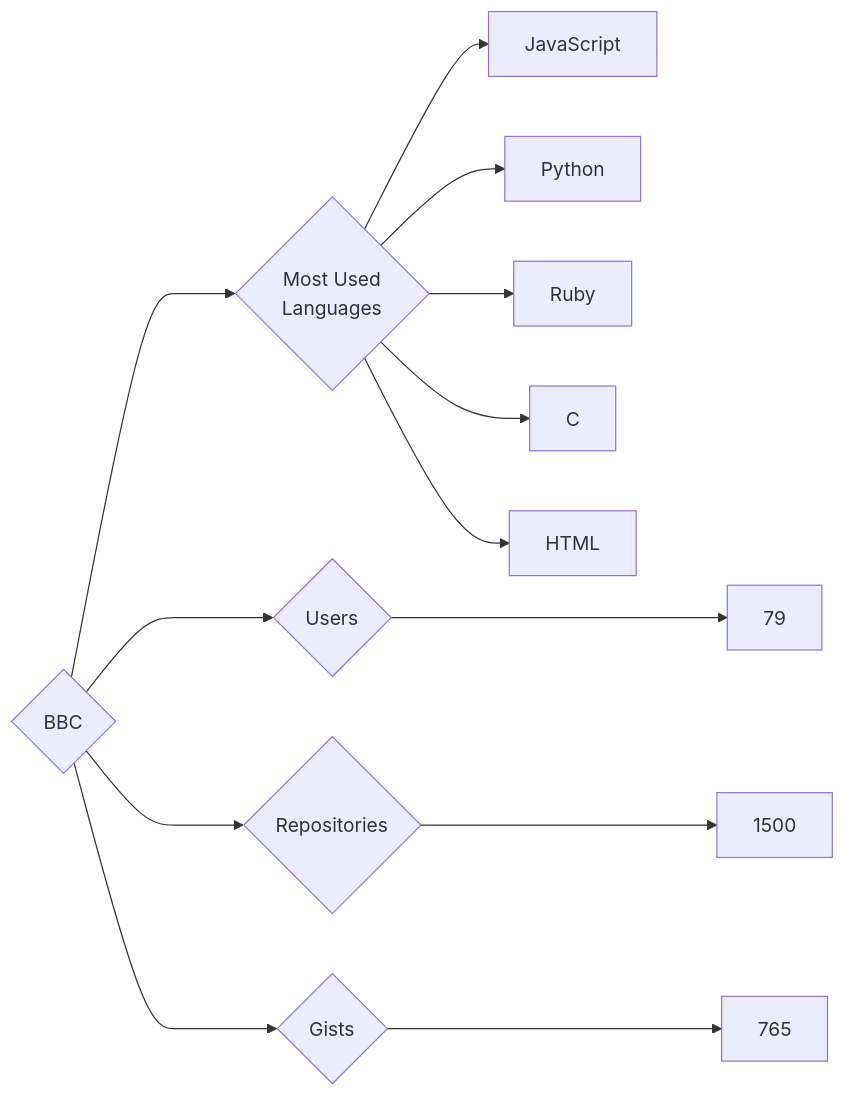
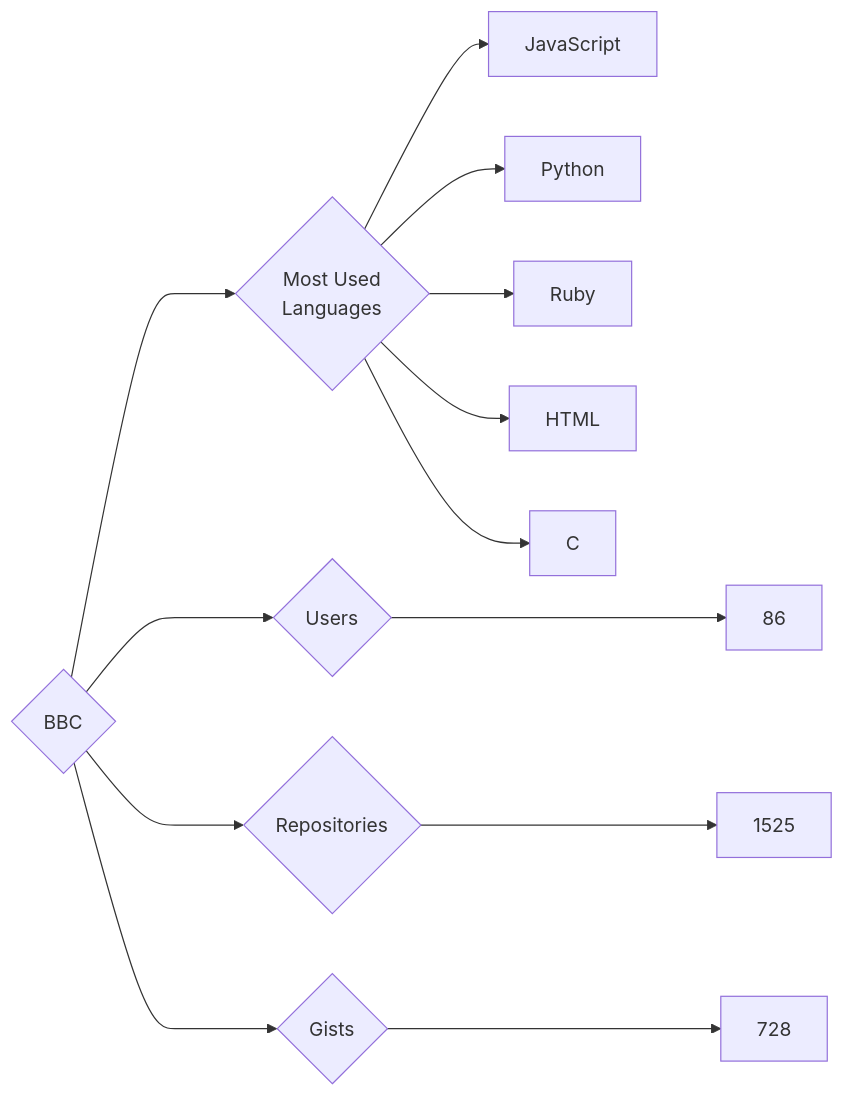
One commit to trickest/insiders changed the diagram in targets/BBC/README.md. Above: the diagram before and after it, drawn with Mermaid. The commit also changed 894 other files, not shown here.

````diff
--- a/targets/BBC/README.md
+++ b/targets/BBC/README.md
@@ -3,13 +3,13 @@
 ```mermaid
 graph LR
 COMPANY_NAME{BBC}
-COMPANY_NAME ---> U{Users} ---> UN[79]
-COMPANY_NAME ---> R{Repositories} ---> RN[1500]
-COMPANY_NAME ---> G{Gists} ---> GN[765]
+COMPANY_NAME ---> U{Users} ---> UN[86]
+COMPANY_NAME ---> R{Repositories} ---> RN[1525]
+COMPANY_NAME ---> G{Gists} ---> GN[728]
 COMPANY_NAME ---> ML{Most Used<br>Languages}
 ML --> JavaScript[JavaScript]
 ML --> Python[Python]
 ML --> Ruby[Ruby]
+ML --> HTML[HTML]
 ML --> C[C]
-ML --> HTML[HTML]
 ```
````
